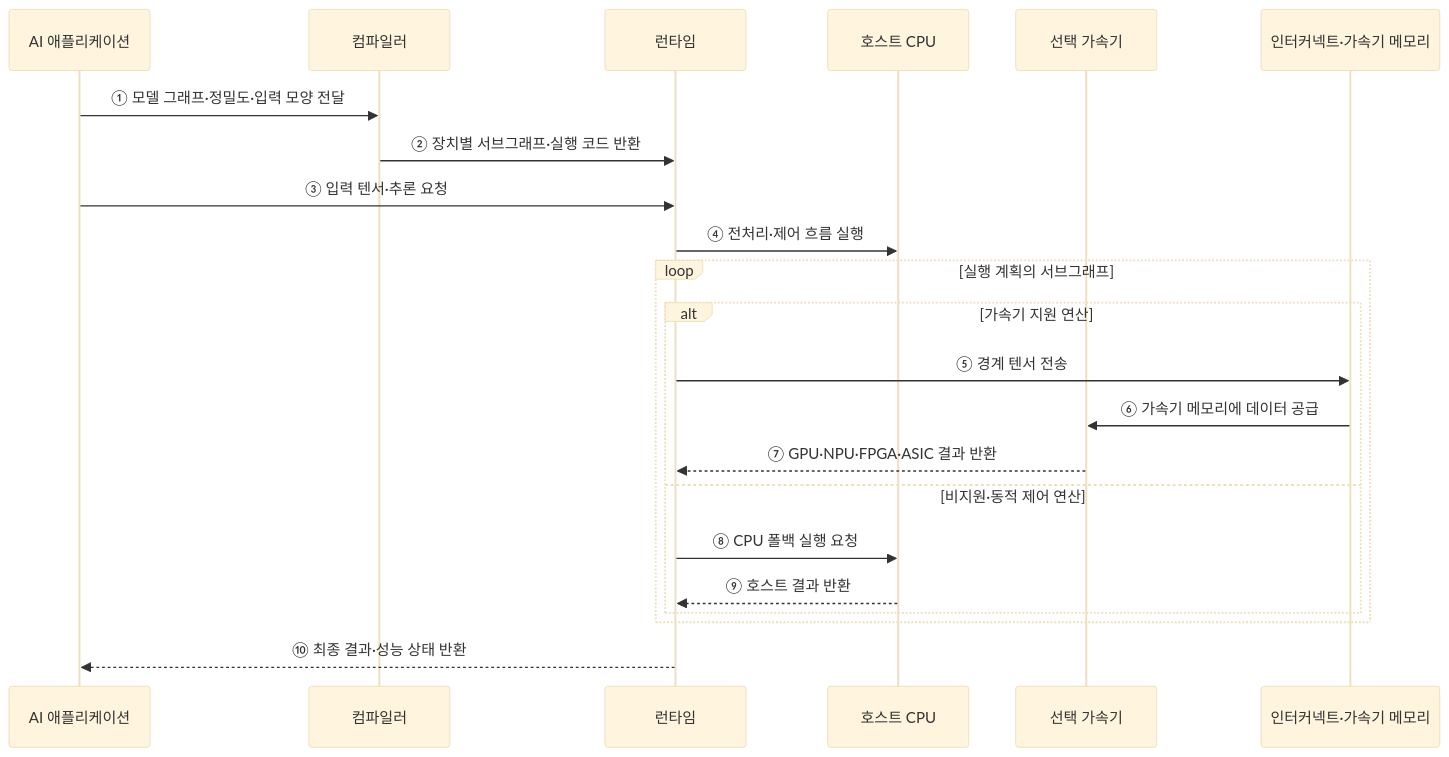
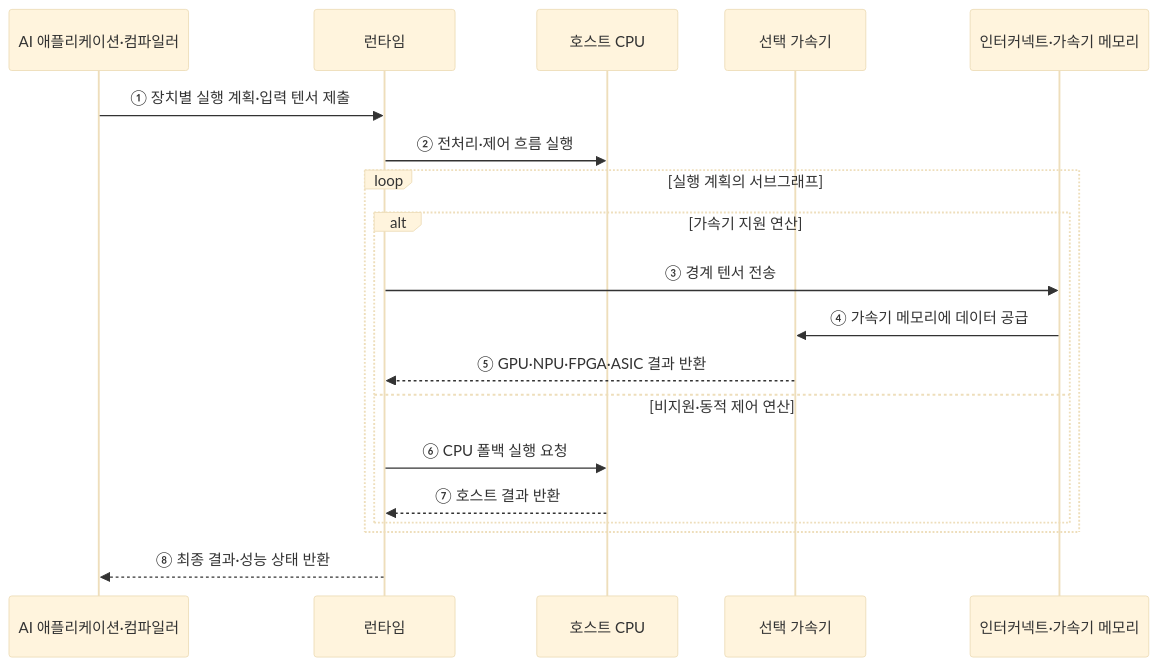
Before and after one commit to agnusdei1207/knowledge-base: the second of 2 diagrams in src/content/docs/notes/02-hardware/046_ai_accelerator_comparison.md, drawn with Mermaid (base theme). The commit also changed other lines of this file and 20 other files, not shown here.

````diff
--- a/src/content/docs/notes/02-hardware/046_ai_accelerator_comparison.md
+++ b/src/content/docs/notes/02-hardware/046_ai_accelerator_comparison.md
@@ -86,25 +77,22 @@
 ```mermaid
 sequenceDiagram
-    participant A as AI 애플리케이션
-    participant C as 컴파일러
+    participant A as AI 애플리케이션·컴파일러
     participant R as 런타임
     participant H as 호스트 CPU
     participant X as 선택 가속기
     participant M as 인터커넥트·가속기 메모리
 
-    A->>C: ① 모델 그래프·정밀도·입력 모양 전달
-    C->>R: ② 장치별 서브그래프·실행 코드 반환
-    A->>R: ③ 입력 텐서·추론 요청
-    R->>H: ④ 전처리·제어 흐름 실행
+    A->>R: ① 장치별 실행 계획·입력 텐서 제출
+    R->>H: ② 전처리·제어 흐름 실행
     loop 실행 계획의 서브그래프
         alt 가속기 지원 연산
-            R->>M: ⑤ 경계 텐서 전송
-            M->>X: ⑥ 가속기 메모리에 데이터 공급
-            X-->>R: ⑦ GPU·NPU·FPGA·ASIC 결과 반환
+            R->>M: ③ 경계 텐서 전송
+            M->>X: ④ 가속기 메모리에 데이터 공급
+            X-->>R: ⑤ GPU·NPU·FPGA·ASIC 결과 반환
         else 비지원·동적 제어 연산
-            R->>H: ⑧ CPU 폴백 실행 요청
-            H-->>R: ⑨ 호스트 결과 반환
+            R->>H: ⑥ CPU 폴백 실행 요청
+            H-->>R: ⑦ 호스트 결과 반환
         end
     end
-    R-->>A: ⑩ 최종 결과·성능 상태 반환
+    R-->>A: ⑧ 최종 결과·성능 상태 반환
 ```
````
